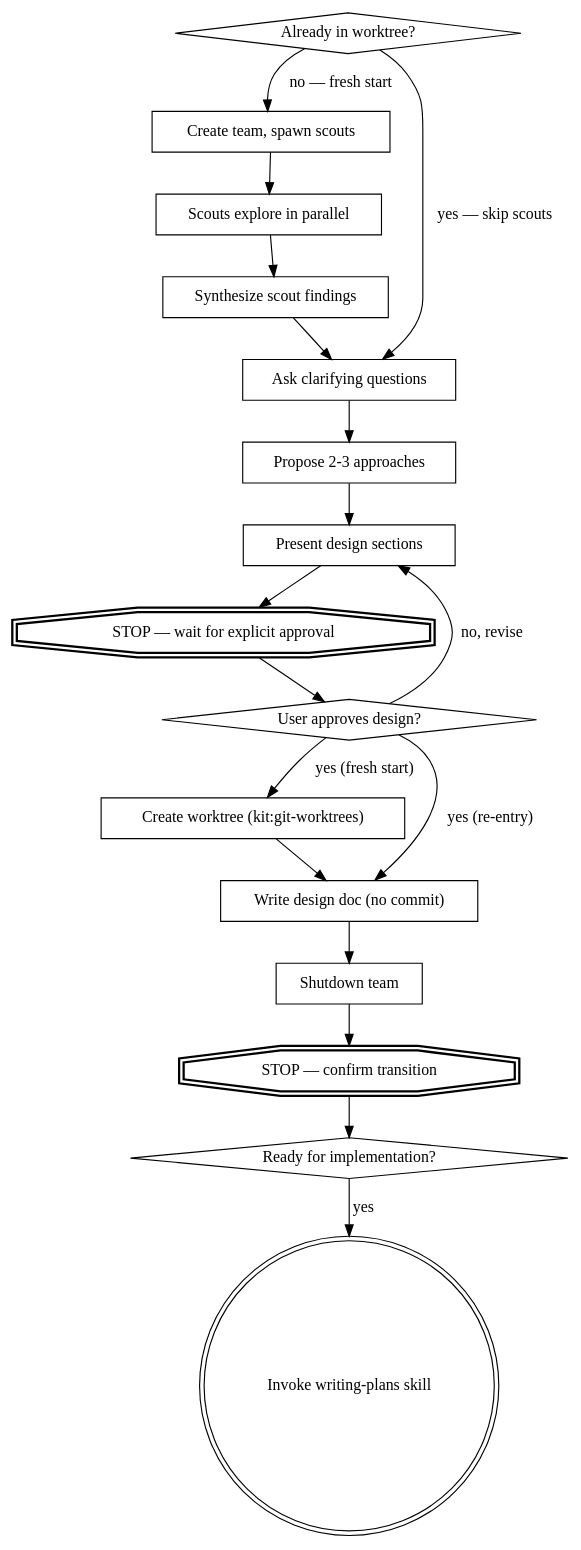
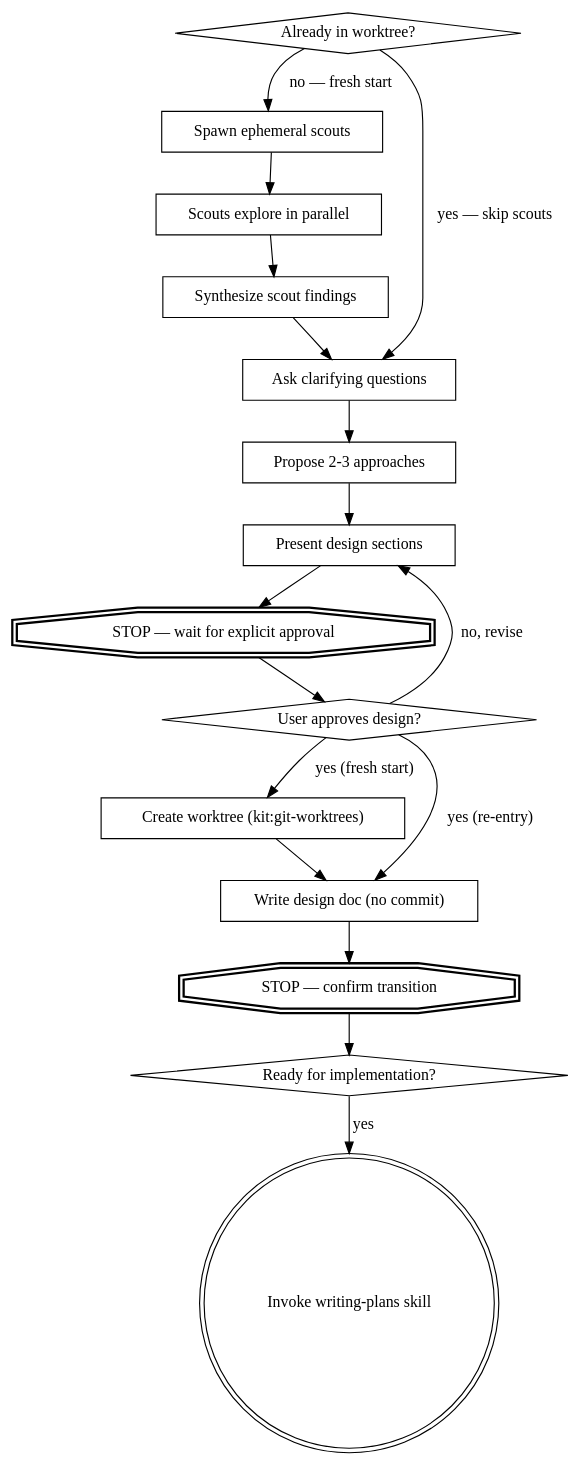
One commit to shousper/claude-kit changed the diagram in skills/brainstorming/SKILL.md. Above: the diagram before and after it, drawn with Graphviz. The commit also changed other lines of this file and 22 other files, not shown here.

First line of the commit message:
Retire team-based execution for build-flow dynamic workflows; bump to 1.2.0

````diff
--- a/skills/brainstorming/SKILL.md
+++ b/skills/brainstorming/SKILL.md
@@ -58,37 +57,35 @@
 ```dot
 digraph brainstorming {
     "Already in worktree?" [shape=diamond];
-    "Create team, spawn scouts" [shape=box];
+    "Spawn ephemeral scouts" [shape=box];
     "Scouts explore in parallel" [shape=box];
     "Synthesize scout findings" [shape=box];
     "Ask clarifying questions" [shape=box];
     "Propose 2-3 approaches" [shape=box];
     "Present design sections" [shape=box];
     "STOP — wait for explicit approval" [shape=doubleoctagon, style=bold];
     "User approves design?" [shape=diamond];
     "Create worktree (kit:git-worktrees)" [shape=box];
     "Write design doc (no commit)" [shape=box];
-    "Shutdown team" [shape=box];
     "STOP — confirm transition" [shape=doubleoctagon, style=bold];
     "Ready for implementation?" [shape=diamond];
     "Invoke writing-plans skill" [shape=doublecircle];
 
     "Already in worktree?" -> "Ask clarifying questions" [label="yes — skip scouts"];
-    "Already in worktree?" -> "Create team, spawn scouts" [label="no — fresh start"];
-    "Create team, spawn scouts" -> "Scouts explore in parallel";
+    "Already in worktree?" -> "Spawn ephemeral scouts" [label="no — fresh start"];
+    "Spawn ephemeral scouts" -> "Scouts explore in parallel";
     "Scouts explore in parallel" -> "Synthesize scout findings";
     "Synthesize scout findings" -> "Ask clarifying questions";
     "Ask clarifying questions" -> "Propose 2-3 approaches";
     "Propose 2-3 approaches" -> "Present design sections";
     "Present design sections" -> "STOP — wait for explicit approval";
     "STOP — wait for explicit approval" -> "User approves design?";
     "User approves design?" -> "Present design sections" [label="no, revise"];
     "User approves design?" -> "Create worktree (kit:git-worktrees)" [label="yes (fresh start)"];
     "User approves design?" -> "Write design doc (no commit)" [label="yes (re-entry)"];
     "Create worktree (kit:git-worktrees)" -> "Write design doc (no commit)";
-    "Write design doc (no commit)" -> "Shutdown team";
-    "Shutdown team" -> "STOP — confirm transition";
+    "Write design doc (no commit)" -> "STOP — confirm transition";
     "STOP — confirm transition" -> "Ready for implementation?";
     "Ready for implementation?" -> "Invoke writing-plans skill" [label="yes"];
 }
 ```
````
